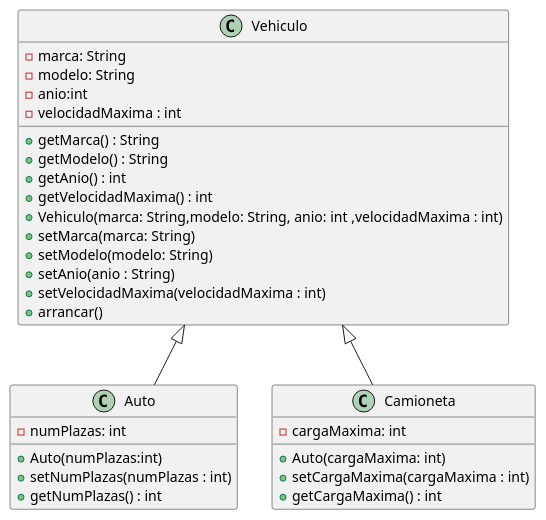
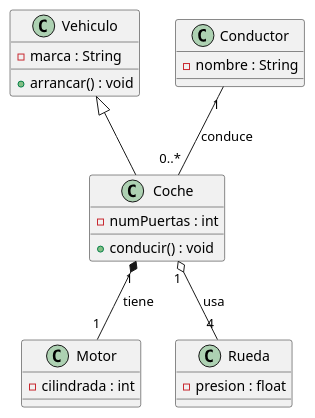
The diagram in Entornos_Desarrollo/UML/prueba.puml (SanchezMarioo/1-DAM), drawn with PlantUML before and after one commit. The commit also changed 3 other files, not shown here.

Commit message:
ADD: Agregar diagramas UML para Ejer2 y actualizar Ejer1 y prueba.puml

```diff
--- a/Entornos_Desarrollo/UML/prueba.puml
+++ b/Entornos_Desarrollo/UML/prueba.puml
@@ -1,34 +1,23 @@
 @startuml Vehiculo
-
 class Vehiculo {
- -marca: String
- -modelo: String
- -anio:int
- -velocidadMaxima : int
- +getMarca() : String
- +getModelo() : String
- +getAnio() : int
- +getVelocidadMaxima() : int
- +Vehiculo(marca: String,modelo: String, anio: int ,velocidadMaxima : int)
- +setMarca(marca: String)
- +setModelo(modelo: String)
- +setAnio(anio : String)
- +setVelocidadMaxima(velocidadMaxima : int)
- +arrancar()
+    -marca : String
+    +arrancar() : void
 }
-class Auto{
-    - numPlazas: int
-    + Auto(numPlazas:int)
-    +setNumPlazas(numPlazas : int)
-    + getNumPlazas() : int
+class Coche {
+    -numPuertas : int
+    +conducir() : void
 }
-class Camioneta{
-    - cargaMaxima: int
-    + Auto(cargaMaxima: int)
-    + setCargaMaxima(cargaMaxima : int)
-    + getCargaMaxima() : int
+class Motor {
+    -cilindrada : int
 }
-
-Vehiculo <|-- Auto
-Vehiculo <|-- Camioneta
+class Rueda {
+    -presion : float
+}
+class Conductor {
+    -nombre : String
+}
+Vehiculo <|-- Coche
+Coche "1" *-- "1" Motor : tiene
+Coche "1" o-- "4" Rueda : usa
+Conductor "1" -- "0..*" Coche : conduce
 @enduml
```
